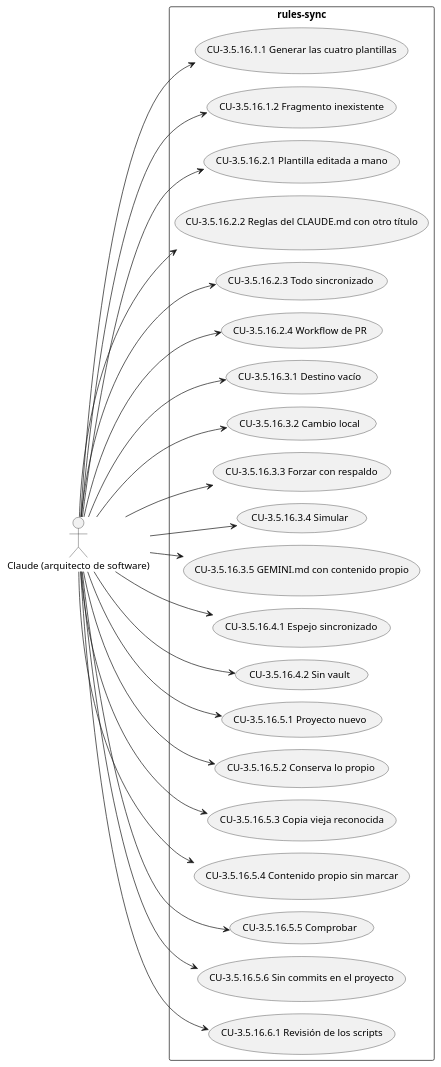
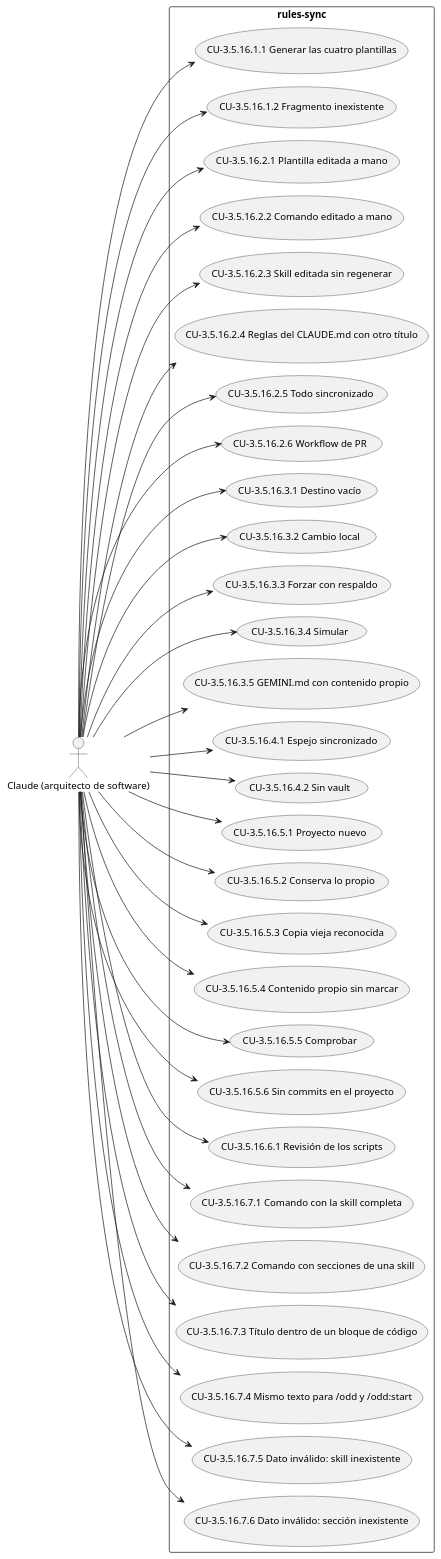
Before and after one commit to Lautaro-Montecchiani/sdd-global-config: the diagram in docs/diagramas/CAP-3.5.16.puml, drawn with PlantUML. The commit also changed 3 other files, not shown here.

```diff
--- a/docs/diagramas/CAP-3.5.16.puml
+++ b/docs/diagramas/CAP-3.5.16.puml
@@ -1,47 +1,63 @@
 @startuml
 !pragma layout smetana
 left to right direction
 actor "Claude (arquitecto de software)" as A1
 rectangle "rules-sync" {
   usecase "CU-3.5.16.1.1 Generar las cuatro plantillas" as UC_3_5_16_1_1
   usecase "CU-3.5.16.1.2 Fragmento inexistente" as UC_3_5_16_1_2
   usecase "CU-3.5.16.2.1 Plantilla editada a mano" as UC_3_5_16_2_1
-  usecase "CU-3.5.16.2.2 Reglas del CLAUDE.md con otro título" as UC_3_5_16_2_2
-  usecase "CU-3.5.16.2.3 Todo sincronizado" as UC_3_5_16_2_3
-  usecase "CU-3.5.16.2.4 Workflow de PR" as UC_3_5_16_2_4
+  usecase "CU-3.5.16.2.2 Comando editado a mano" as UC_3_5_16_2_2
+  usecase "CU-3.5.16.2.3 Skill editada sin regenerar" as UC_3_5_16_2_3
+  usecase "CU-3.5.16.2.4 Reglas del CLAUDE.md con otro título" as UC_3_5_16_2_4
+  usecase "CU-3.5.16.2.5 Todo sincronizado" as UC_3_5_16_2_5
+  usecase "CU-3.5.16.2.6 Workflow de PR" as UC_3_5_16_2_6
   usecase "CU-3.5.16.3.1 Destino vacío" as UC_3_5_16_3_1
   usecase "CU-3.5.16.3.2 Cambio local" as UC_3_5_16_3_2
   usecase "CU-3.5.16.3.3 Forzar con respaldo" as UC_3_5_16_3_3
   usecase "CU-3.5.16.3.4 Simular" as UC_3_5_16_3_4
   usecase "CU-3.5.16.3.5 GEMINI.md con contenido propio" as UC_3_5_16_3_5
   usecase "CU-3.5.16.4.1 Espejo sincronizado" as UC_3_5_16_4_1
   usecase "CU-3.5.16.4.2 Sin vault" as UC_3_5_16_4_2
   usecase "CU-3.5.16.5.1 Proyecto nuevo" as UC_3_5_16_5_1
   usecase "CU-3.5.16.5.2 Conserva lo propio" as UC_3_5_16_5_2
   usecase "CU-3.5.16.5.3 Copia vieja reconocida" as UC_3_5_16_5_3
   usecase "CU-3.5.16.5.4 Contenido propio sin marcar" as UC_3_5_16_5_4
   usecase "CU-3.5.16.5.5 Comprobar" as UC_3_5_16_5_5
   usecase "CU-3.5.16.5.6 Sin commits en el proyecto" as UC_3_5_16_5_6
   usecase "CU-3.5.16.6.1 Revisión de los scripts" as UC_3_5_16_6_1
+  usecase "CU-3.5.16.7.1 Comando con la skill completa" as UC_3_5_16_7_1
+  usecase "CU-3.5.16.7.2 Comando con secciones de una skill" as UC_3_5_16_7_2
+  usecase "CU-3.5.16.7.3 Título dentro de un bloque de código" as UC_3_5_16_7_3
+  usecase "CU-3.5.16.7.4 Mismo texto para /odd y /odd:start" as UC_3_5_16_7_4
+  usecase "CU-3.5.16.7.5 Dato inválido: skill inexistente" as UC_3_5_16_7_5
+  usecase "CU-3.5.16.7.6 Dato inválido: sección inexistente" as UC_3_5_16_7_6
 }
 A1 --> UC_3_5_16_1_1
 A1 --> UC_3_5_16_1_2
 A1 --> UC_3_5_16_2_1
 A1 --> UC_3_5_16_2_2
 A1 --> UC_3_5_16_2_3
 A1 --> UC_3_5_16_2_4
+A1 --> UC_3_5_16_2_5
+A1 --> UC_3_5_16_2_6
 A1 --> UC_3_5_16_3_1
 A1 --> UC_3_5_16_3_2
 A1 --> UC_3_5_16_3_3
 A1 --> UC_3_5_16_3_4
 A1 --> UC_3_5_16_3_5
 A1 --> UC_3_5_16_4_1
 A1 --> UC_3_5_16_4_2
 A1 --> UC_3_5_16_5_1
 A1 --> UC_3_5_16_5_2
 A1 --> UC_3_5_16_5_3
 A1 --> UC_3_5_16_5_4
 A1 --> UC_3_5_16_5_5
 A1 --> UC_3_5_16_5_6
 A1 --> UC_3_5_16_6_1
+A1 --> UC_3_5_16_7_1
+A1 --> UC_3_5_16_7_2
+A1 --> UC_3_5_16_7_3
+A1 --> UC_3_5_16_7_4
+A1 --> UC_3_5_16_7_5
+A1 --> UC_3_5_16_7_6
 @enduml
```
